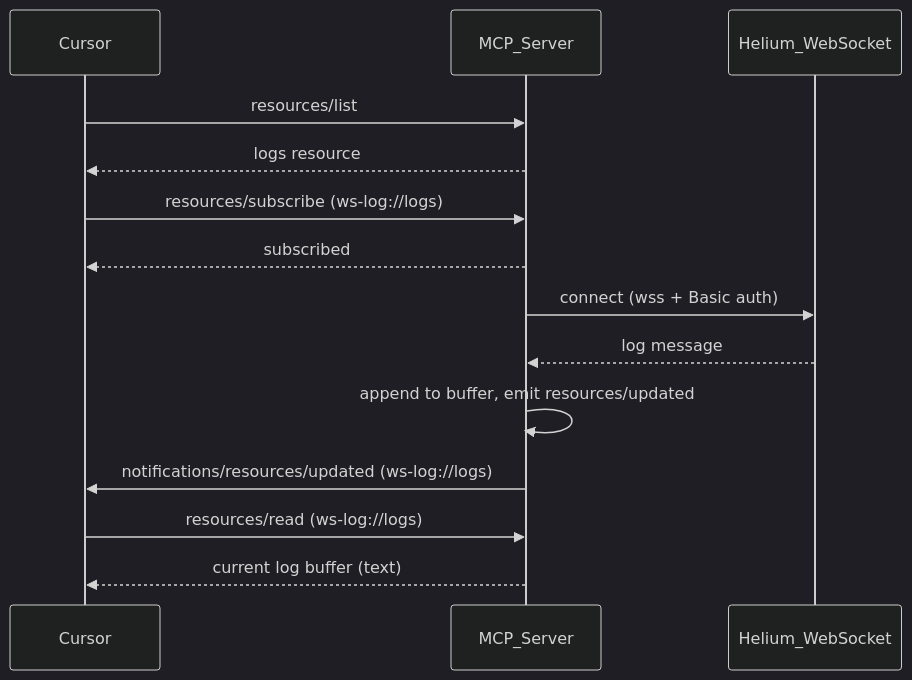
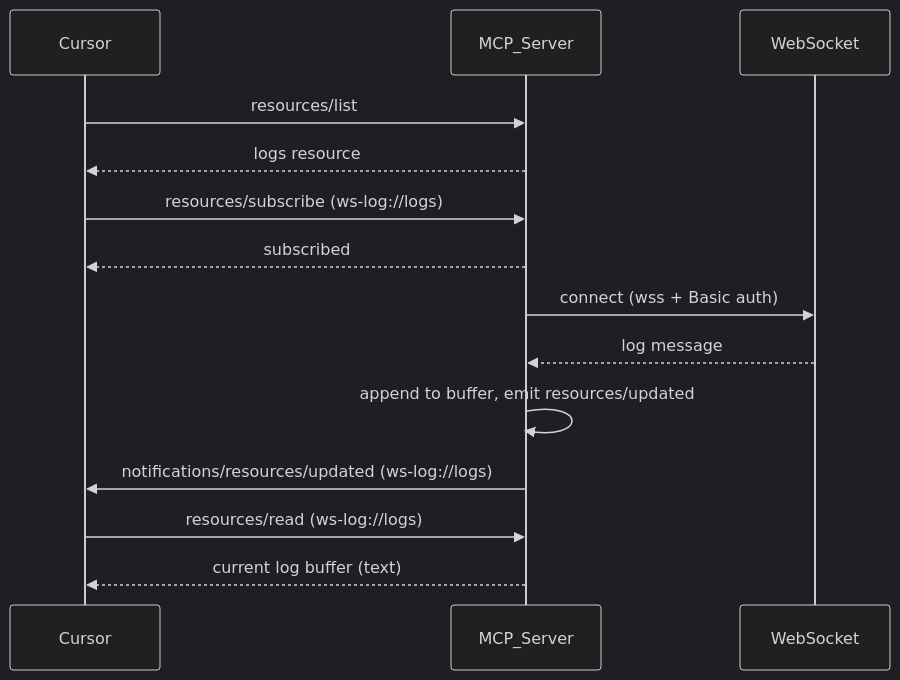
Before and after one commit to ajgreyling/badger-websocket-mcp: the diagram in README.md, drawn with Mermaid (dark theme). The commit also changed other lines of this file and 1 other file, not shown here.

Commit message:
Enhance README for clarity on WebSocket usage and add debug log file truncation on startup in index.ts

````diff
--- a/README.md
+++ b/README.md
@@ -14,17 +14,17 @@
 ```mermaid
 sequenceDiagram
   participant Cursor
   participant MCP as MCP_Server
-  participant WS as Helium_WebSocket
+  participant WS as WebSocket
 
   Cursor->>MCP: resources/list
   MCP-->>Cursor: logs resource
   Cursor->>MCP: resources/subscribe (ws-log://logs)
   MCP-->>Cursor: subscribed
   MCP->>WS: connect (wss + Basic auth)
   WS-->>MCP: log message
   MCP->>MCP: append to buffer, emit resources/updated
   MCP->>Cursor: notifications/resources/updated (ws-log://logs)
   Cursor->>MCP: resources/read (ws-log://logs)
   MCP-->>Cursor: current log buffer (text)
 ```
````
